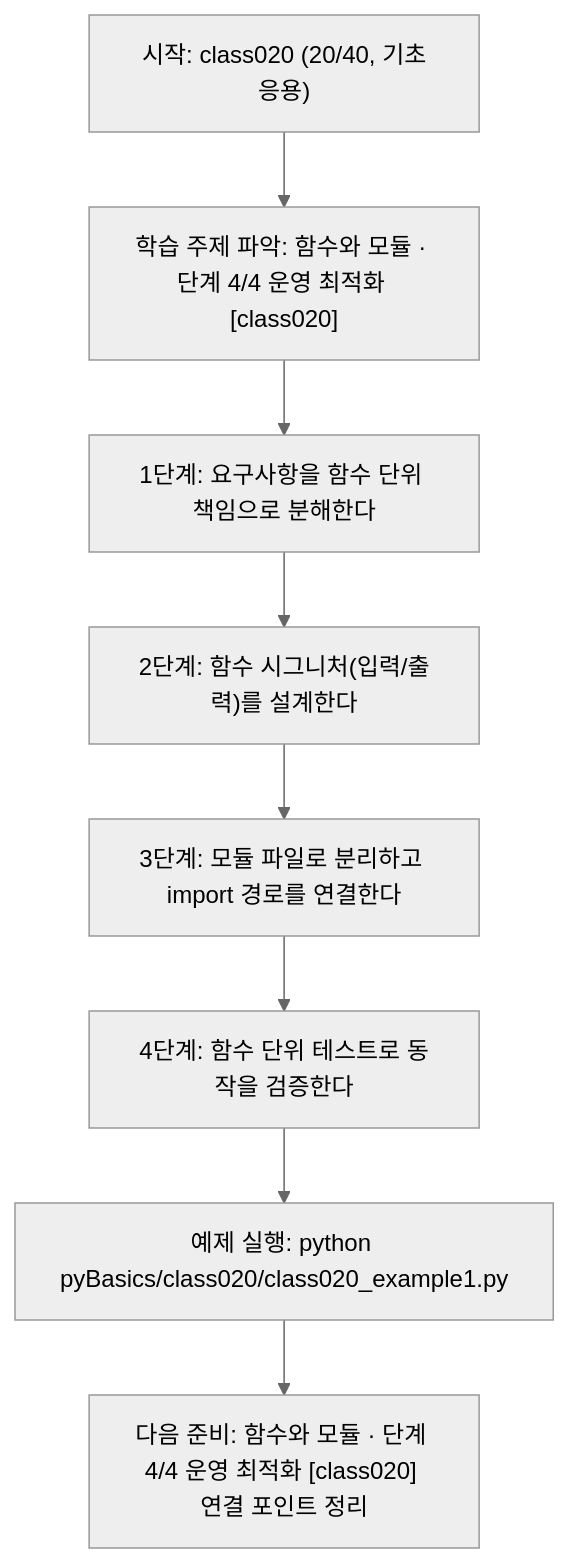
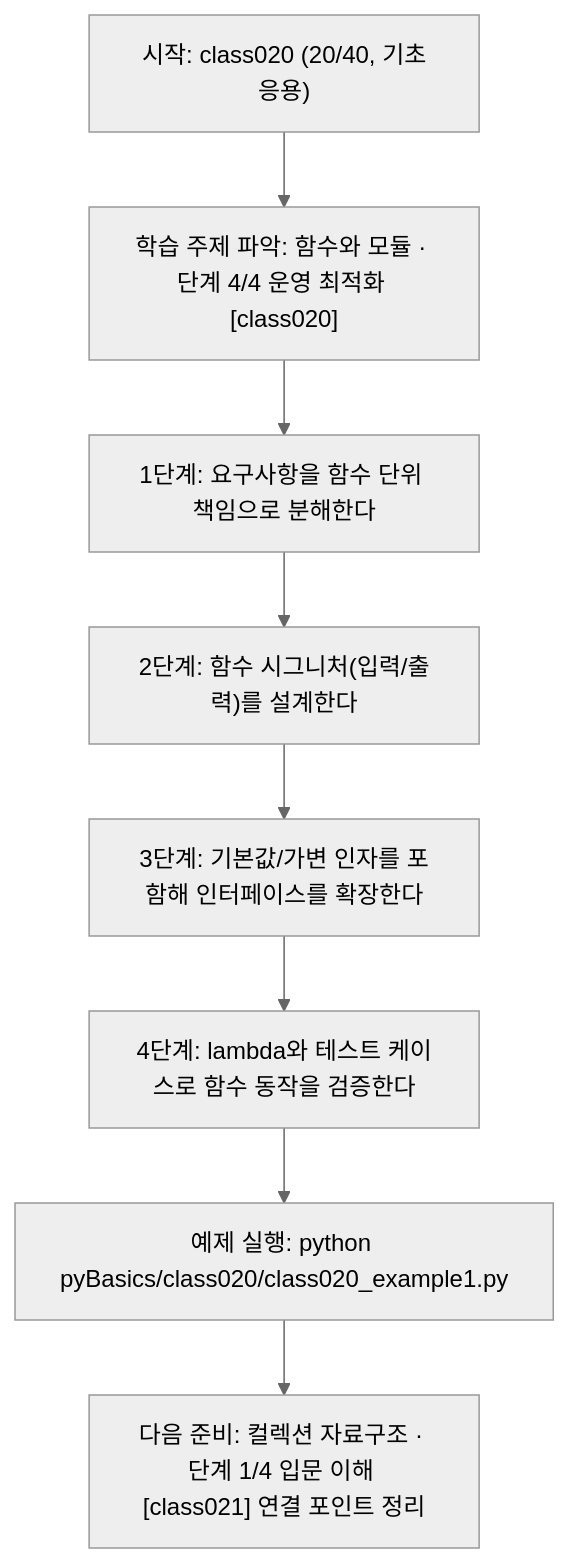
Before and after one commit to edumgt/Python-AI_Agent-Class: the diagram in pyBasics/class020/class020.md, drawn with Mermaid (neutral theme). The commit also changed other lines of this file and 2370 other files, not shown here.

````diff
--- a/pyBasics/class020/class020.md
+++ b/pyBasics/class020/class020.md
@@ -109,18 +91,18 @@
 ```mermaid
 flowchart TD
 N1["시작: class020 (20/40, 기초응용)"]
 N2["학습 주제 파악: 함수와 모듈 · 단계 4/4 운영 최적화 [class020]"]
 N3["1단계: 요구사항을 함수 단위 책임으로 분해한다"]
 N4["2단계: 함수 시그니처(입력/출력)를 설계한다"]
-N5["3단계: 모듈 파일로 분리하고 import 경로를 연결한다"]
-N6["4단계: 함수 단위 테스트로 동작을 검증한다"]
+N5["3단계: 기본값/가변 인자를 포함해 인터페이스를 확장한다"]
+N6["4단계: lambda와 테스트 케이스로 함수 동작을 검증한다"]
 N7["예제 실행: python pyBasics/class020/class020_example1.py"]
-N8["다음 준비: 함수와 모듈 · 단계 4/4 운영 최적화 [class020] 연결 포인트 정리"]
+N8["다음 준비: 컬렉션 자료구조 · 단계 1/4 입문 이해 [class021] 연결 포인트 정리"]
 N1 --> N2
 N2 --> N3
 N3 --> N4
 N4 --> N5
 N5 --> N6
 N6 --> N7
 N7 --> N8
 ```
````
